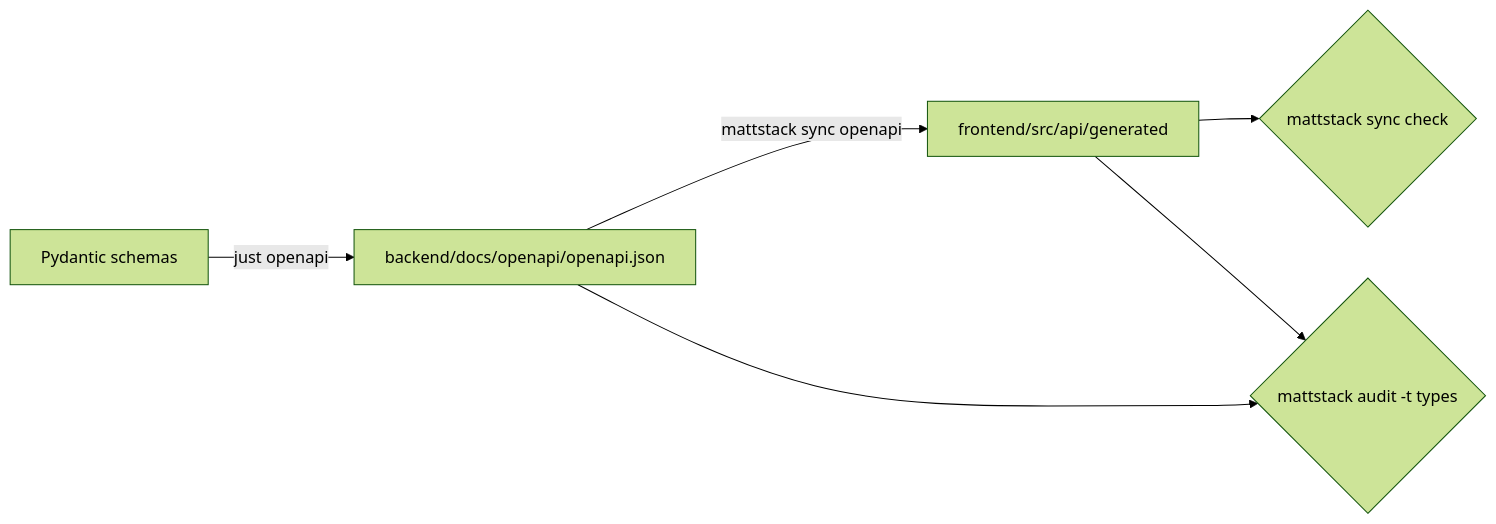
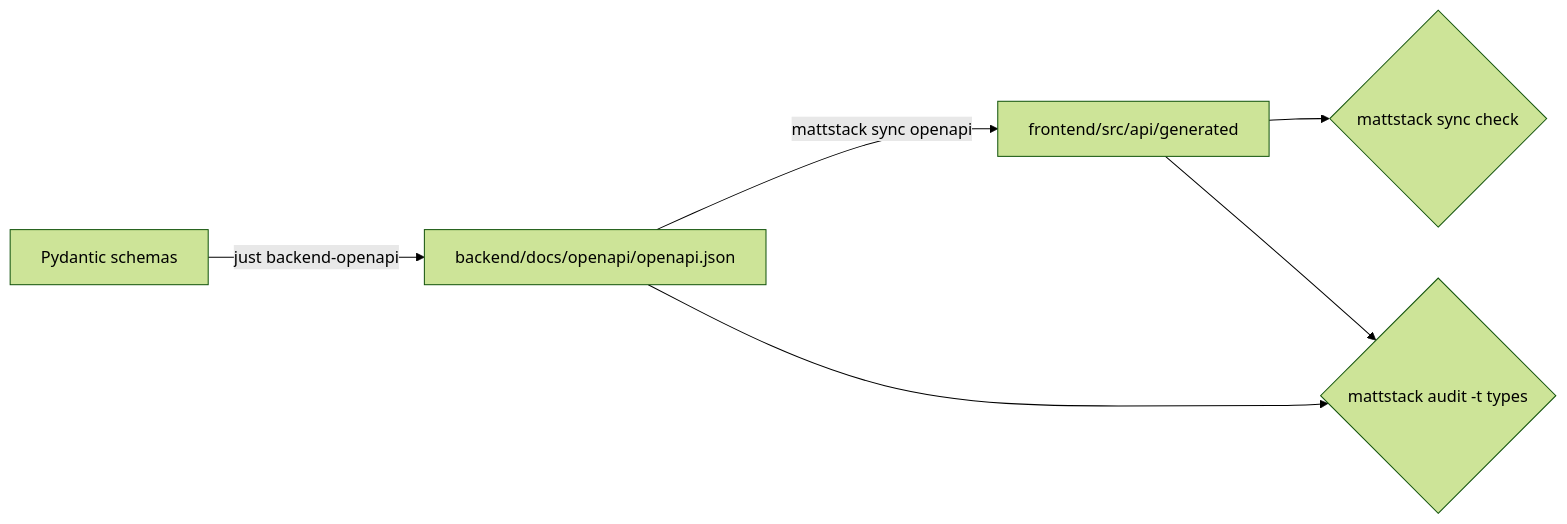
The fourth of 4 diagrams in docs/architecture.md (mattjaikaran/mattstack-cli), drawn with Mermaid (forest theme) before and after one commit. The commit also changed other lines of this file and 49 other files, not shown here.

````diff
--- a/docs/architecture.md
+++ b/docs/architecture.md
@@ -297,8 +297,8 @@
 ```mermaid
 flowchart LR
-  P[Pydantic schemas] -->|just openapi| O[backend/docs/openapi/openapi.json]
+  P[Pydantic schemas] -->|just backend-openapi| O[backend/docs/openapi/openapi.json]
   O -->|mattstack sync openapi| G[frontend/src/api/generated]
   G --> C{mattstack sync check}
   O --> A{mattstack audit -t types}
   G --> A
 ```
````
